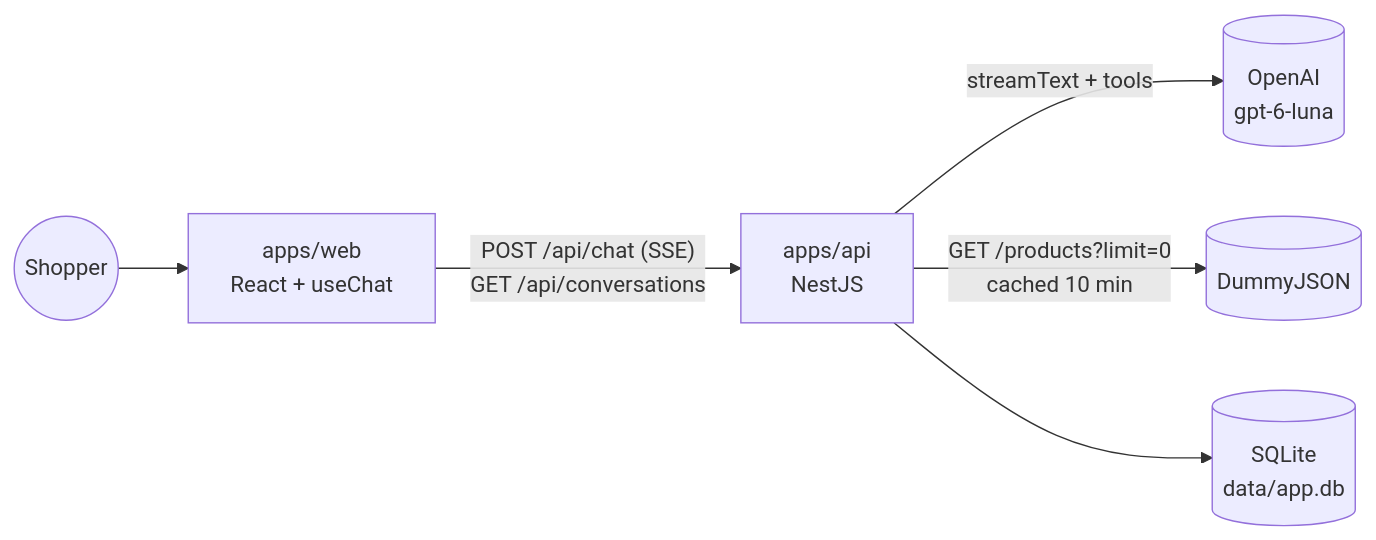
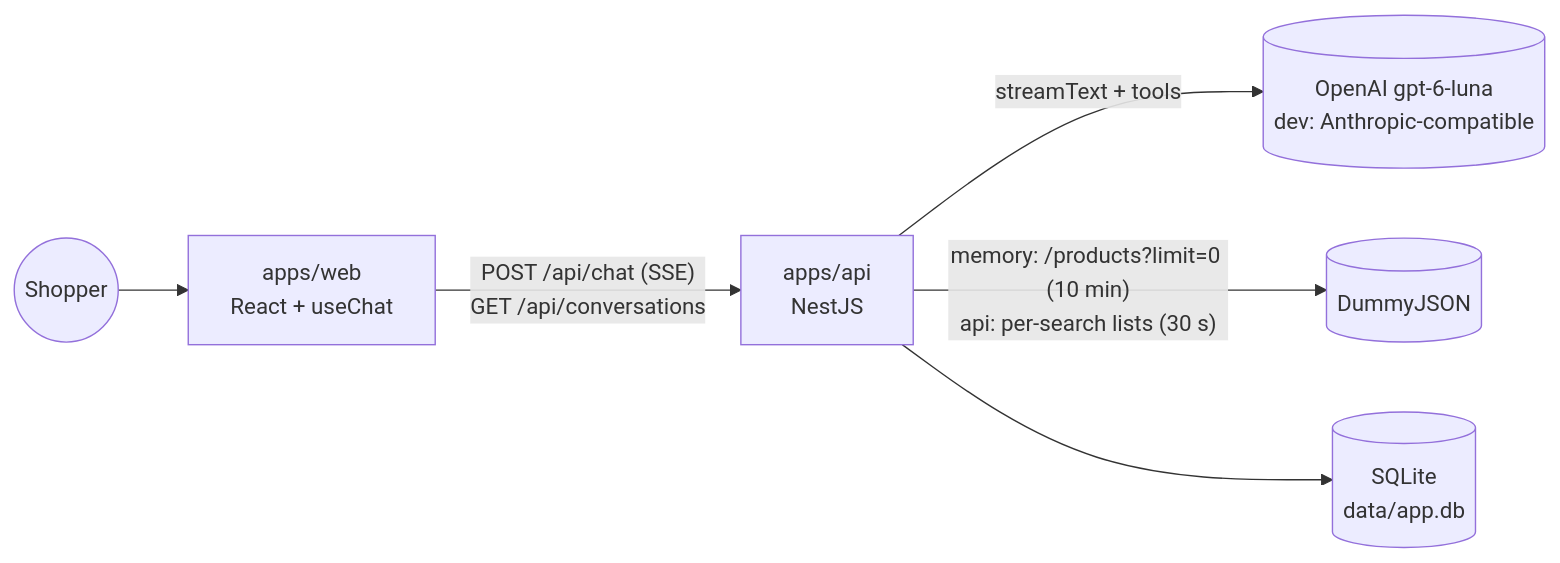
Before and after one commit to Basiliskin/bazak-assignment: the diagram in README.md, drawn with Mermaid. The commit also changed other lines of this file and 1 other file, not shown here.

First line of the commit message:
docs(readme): refresh Setup, Architecture, Retrieval, Evaluation, Limitations for D57–D60

````diff
--- a/README.md
+++ b/README.md
@@ -28,8 +30,8 @@
 ```mermaid
 flowchart LR
   Shopper((Shopper)) --> Web[apps/web<br/>React + useChat]
   Web -- "POST /api/chat (SSE)<br/>GET /api/conversations" --> API[apps/api<br/>NestJS]
-  API -- "streamText + tools" --> LLM[(OpenAI<br/>gpt-6-luna)]
-  API -- "GET /products?limit=0<br/>cached 10 min" --> DJ[(DummyJSON)]
+  API -- "streamText + tools" --> LLM[(OpenAI gpt-6-luna<br/>dev: Anthropic-compatible)]
+  API -- "memory: /products?limit=0 (10 min)<br/>api: per-search lists (30 s)" --> DJ[(DummyJSON)]
   API --> DB[(SQLite<br/>data/app.db)]
 ```
````
